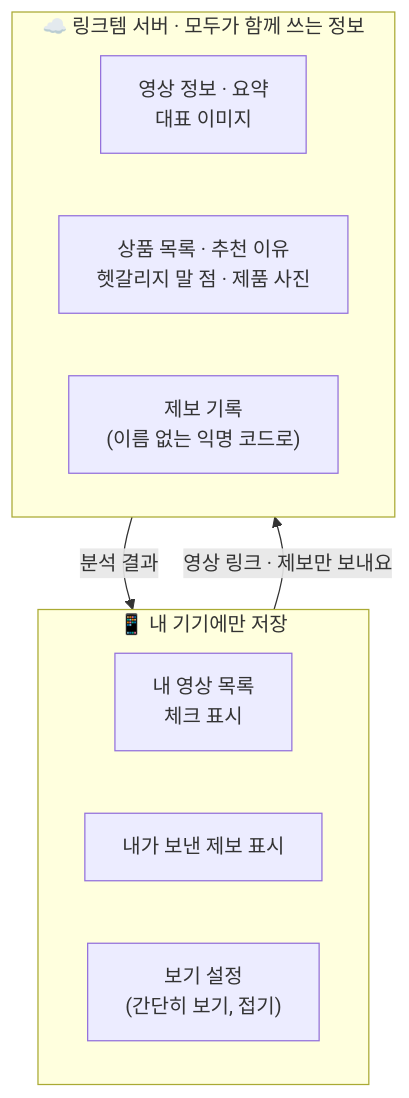
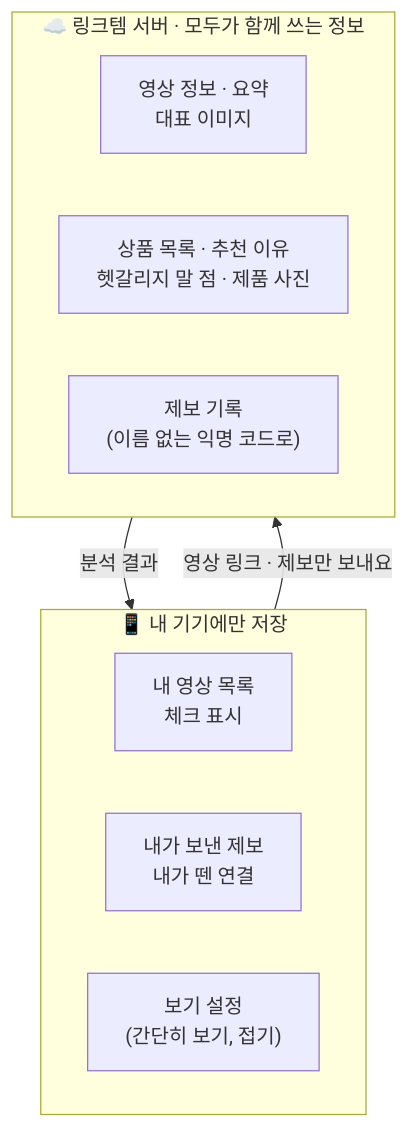
Before and after one commit to newbission/linktem: the second of 4 diagrams in README.md, drawn with Mermaid. The commit also changed other lines of this file and 22 other files, not shown here.

````diff
--- a/README.md
+++ b/README.md
@@ -136,15 +136,15 @@
 ```mermaid
 flowchart TB
     subgraph phone["📱 내 기기에만 저장"]
         L["내 영상 목록<br/>체크 표시"]
-        R["내가 보낸 제보 표시"]
+        R["내가 보낸 제보<br/>내가 뗀 연결"]
         U["보기 설정<br/>(간단히 보기, 접기)"]
     end
     subgraph server["☁️ 링크템 서버 · 모두가 함께 쓰는 정보"]
         V["영상 정보 · 요약<br/>대표 이미지"]
         I["상품 목록 · 추천 이유<br/>헷갈리지 말 점 · 제품 사진"]
         F["제보 기록<br/>(이름 없는 익명 코드로)"]
     end
     phone -- "영상 링크 · 제보만 보내요" --> server
     server -- "분석 결과" --> phone
 ```
````
